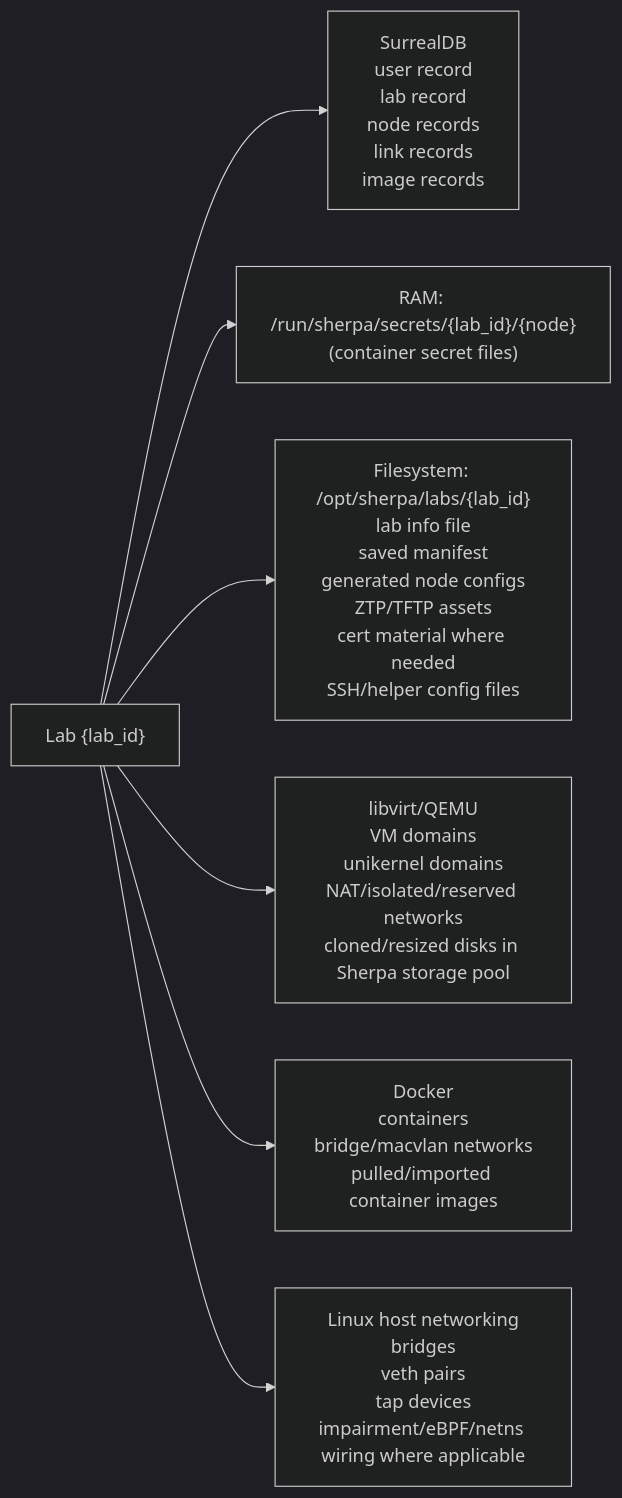
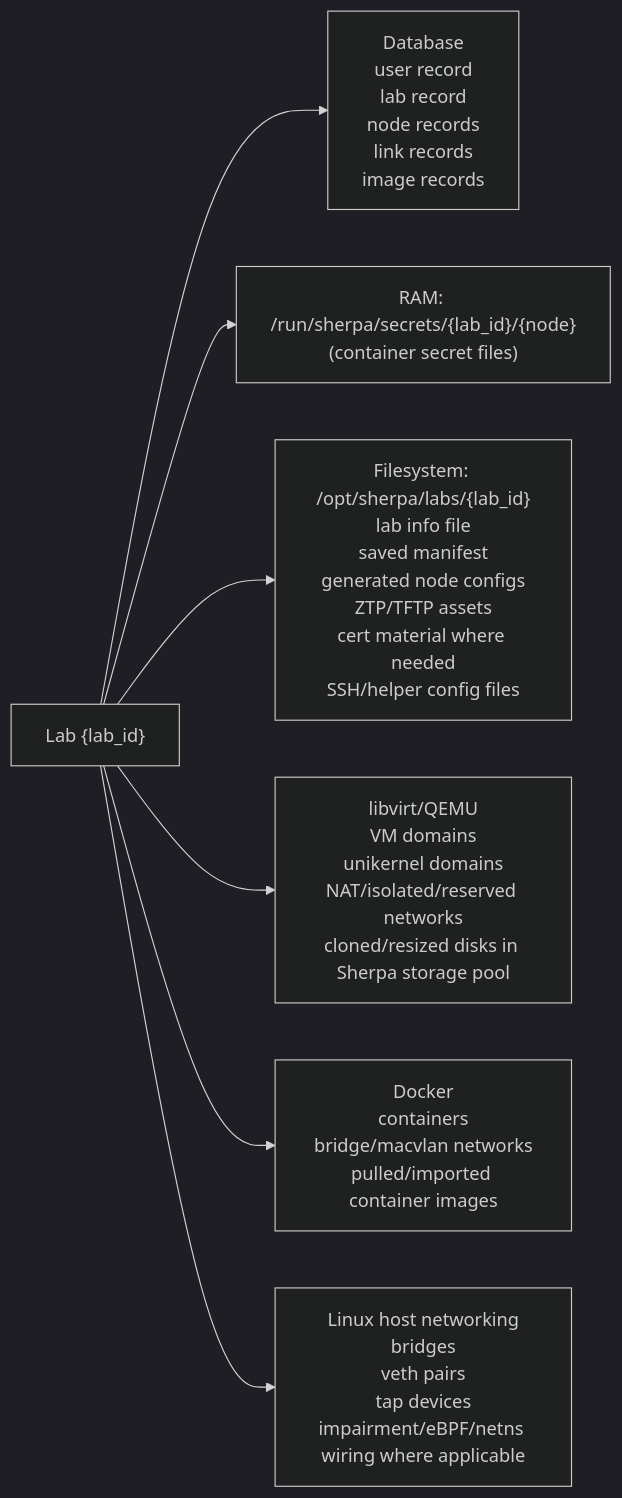
Diagram 23 of 26 in docs/architecture/SERVER.md (bwks/sherpa), drawn with Mermaid (dark theme) before and after one commit. The commit also changed other lines of this file and 145 other files, not shown here.

````diff
--- a/docs/architecture/SERVER.md
+++ b/docs/architecture/SERVER.md
@@ -907,16 +907,16 @@
 ```mermaid
 flowchart LR
     lab["Lab {lab_id}"]
-    surreal["SurrealDB<br/>user record<br/>lab record<br/>node records<br/>link records<br/>image records"]
+    database["Database<br/>user record<br/>lab record<br/>node records<br/>link records<br/>image records"]
     ram["RAM: /run/sherpa/secrets/{lab_id}/{node}<br/>(container secret files)"]
     fs["Filesystem: /opt/sherpa/labs/{lab_id}<br/>lab info file<br/>saved manifest<br/>generated node configs<br/>ZTP/TFTP assets<br/>cert material where needed<br/>SSH/helper config files"]
     libvirt["libvirt/QEMU<br/>VM domains<br/>unikernel domains<br/>NAT/isolated/reserved networks<br/>cloned/resized disks in Sherpa storage pool"]
     docker["Docker<br/>containers<br/>bridge/macvlan networks<br/>pulled/imported container images"]
     host["Linux host networking<br/>bridges<br/>veth pairs<br/>tap devices<br/>impairment/eBPF/netns wiring where applicable"]
-    lab --> surreal
+    lab --> database
     lab --> ram
     lab --> fs
     lab --> libvirt
     lab --> docker
     lab --> host
 ```
````
